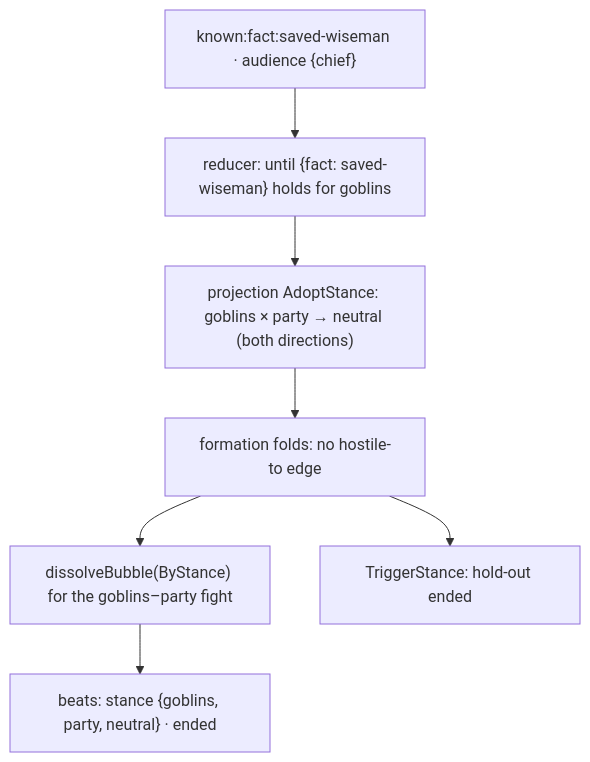
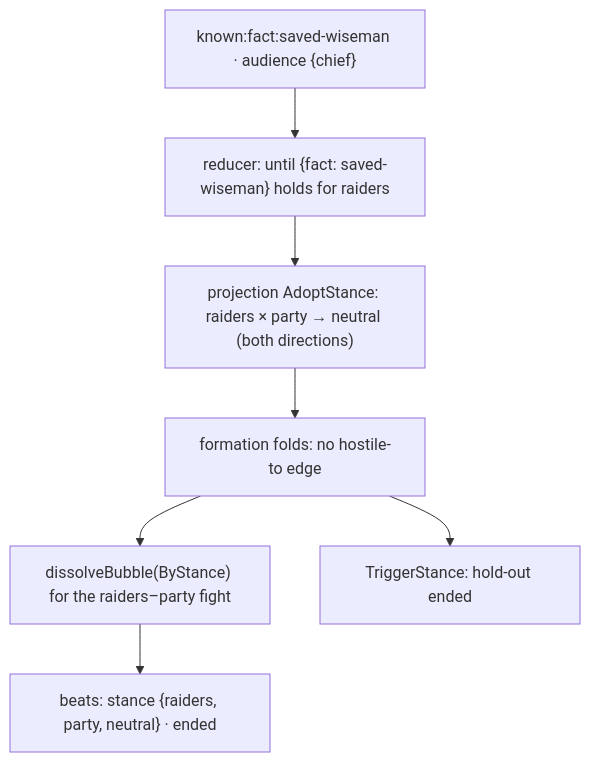
Before and after one commit to KirkDiggler/rpg-project: the third of 4 diagrams in ideas/living-world/hold-out/how-it-works.md, drawn with Mermaid. The commit also changed other lines of this file and 2 other files, not shown here.

Commit message:
design(living-world): hold-out — the camp is raiders (skeleton captain, skeletons, zombies): the monsters that exist today

````diff
--- a/ideas/living-world/hold-out/how-it-works.md
+++ b/ideas/living-world/hold-out/how-it-works.md
@@ -73,9 +73,9 @@
 ```mermaid
 flowchart TD
-  K["known:fact:saved-wiseman · audience {chief}"] --> R["reducer: until {fact: saved-wiseman} holds for goblins"]
-  R --> A["projection AdoptStance: goblins × party → neutral (both directions)"]
+  K["known:fact:saved-wiseman · audience {chief}"] --> R["reducer: until {fact: saved-wiseman} holds for raiders"]
+  R --> A["projection AdoptStance: raiders × party → neutral (both directions)"]
   A --> F["formation folds: no hostile-to edge"]
-  F --> X["dissolveBubble(ByStance) for the goblins–party fight"]
+  F --> X["dissolveBubble(ByStance) for the raiders–party fight"]
   F --> E["TriggerStance: hold-out ended"]
-  X --> B["beats: stance {goblins, party, neutral} · ended"]
+  X --> B["beats: stance {raiders, party, neutral} · ended"]
 ```
````
